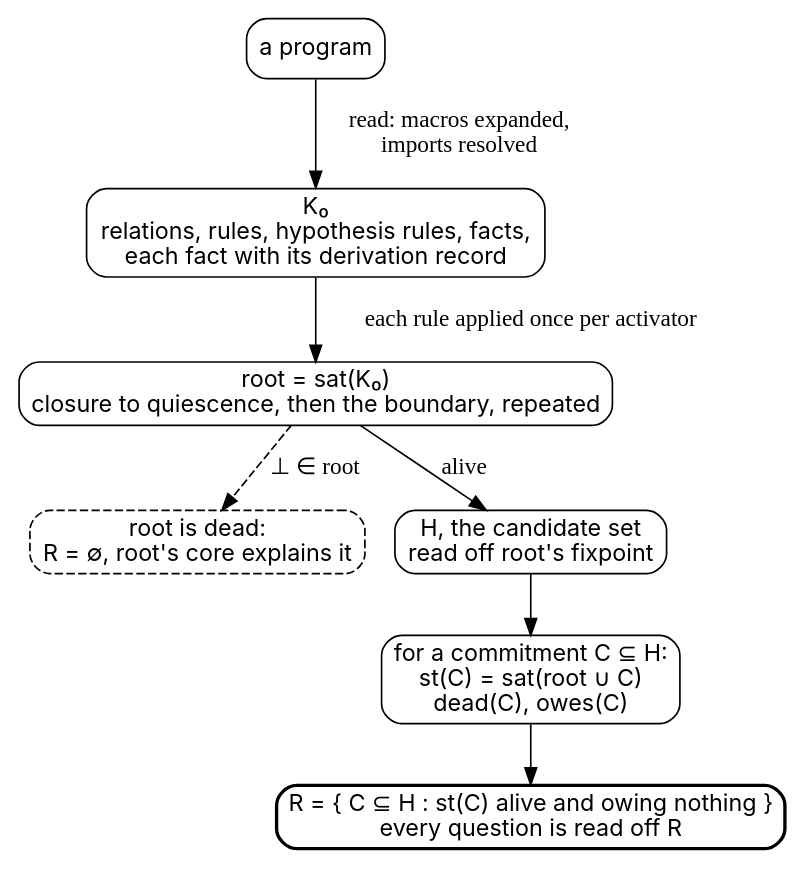
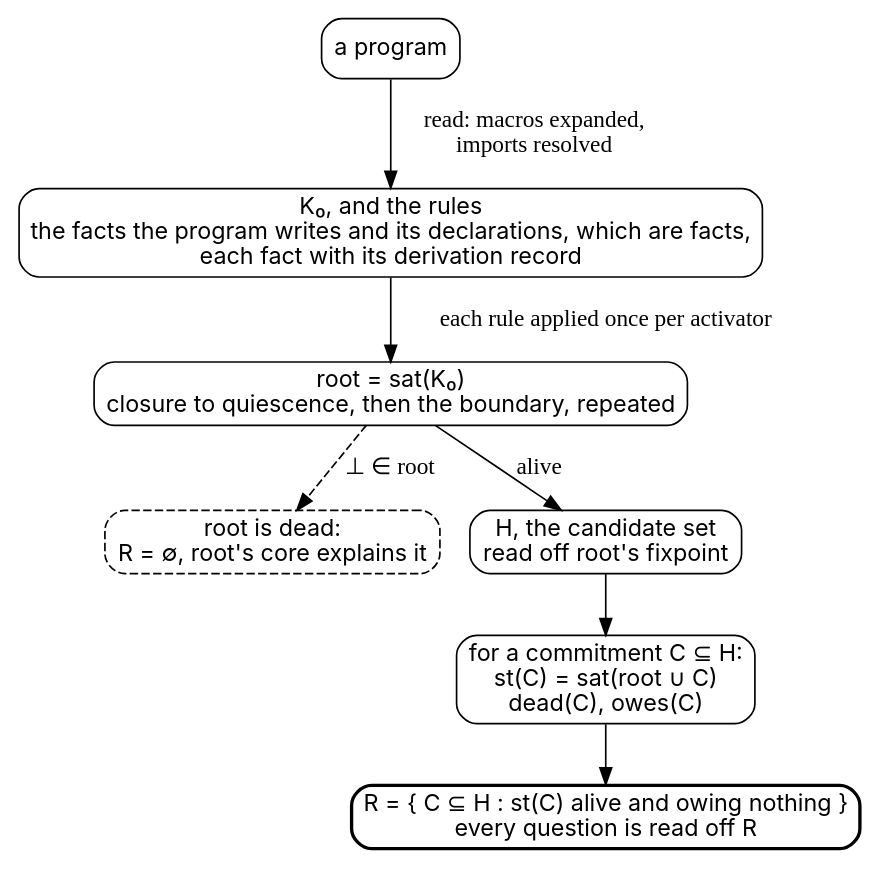
One commit to agutikov/ein changed the diagram in docs/ein/reasoning/02-kb-evolution/diagrams/01-main-steps.dot. Above: the diagram before and after it, drawn with Graphviz. The commit also changed 23 other files, not shown here.

```diff
--- a/docs/ein/reasoning/02-kb-evolution/diagrams/01-main-steps.dot
+++ b/docs/ein/reasoning/02-kb-evolution/diagrams/01-main-steps.dot
@@ -1,17 +1,17 @@
 digraph main_steps {
   rankdir=TB;
   node [fontname="Inter", shape=box, style=rounded];
   program [label="a program"];
-  K0 [label="K₀\nrelations, rules, hypothesis rules, facts,\neach fact with its derivation record"];
+  K0 [label="K₀, and the rules\nthe facts the program writes and its declarations, which are facts,\neach fact with its derivation record"];
   root [label="root = sat(K₀)\nclosure to quiescence, then the boundary, repeated"];
   dead0 [label="root is dead:\nR = ∅, root's core explains it", shape=box, style="rounded,dashed"];
   H [label="H, the candidate set\nread off root's fixpoint"];
   st [label="for a commitment C ⊆ H:\nst(C) = sat(root ∪ C)\ndead(C), owes(C)"];
   R [label="R = { C ⊆ H : st(C) alive and owing nothing }\nevery question is read off R", penwidth=2];
   program -> K0 [label="read: macros expanded,\nimports resolved"];
   K0 -> root [label="each rule applied once per activator"];
   root -> dead0 [label="⊥ ∈ root", style=dashed];
   root -> H [label="alive"];
   H -> st;
   st -> R;
 }
```
